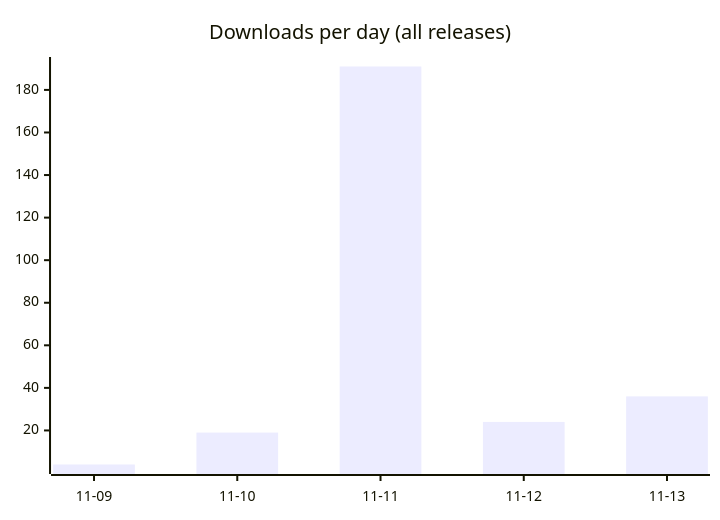
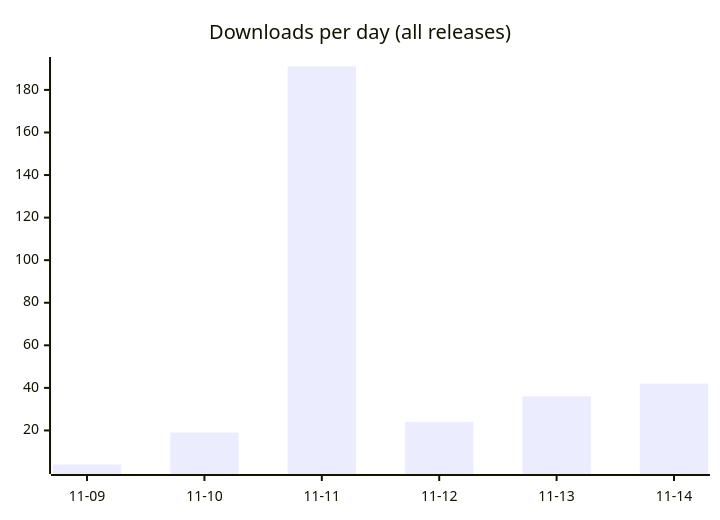
Before and after one commit to fmadore/Live-translation: the first of 2 diagrams in README.md, drawn with Mermaid. The commit also changed other lines of this file and 3 other files, not shown here.

````diff
--- a/README.md
+++ b/README.md
@@ -54,6 +55,6 @@
 ```mermaid
 xychart-beta
     title "Downloads per day (all releases)"
-    x-axis ["11-09", "11-10", "11-11", "11-12", "11-13"]
-    bar [4, 19, 191, 24, 36]
+    x-axis ["11-09", "11-10", "11-11", "11-12", "11-13", "11-14"]
+    bar [4, 19, 191, 24, 36, 42]
 ```
````
